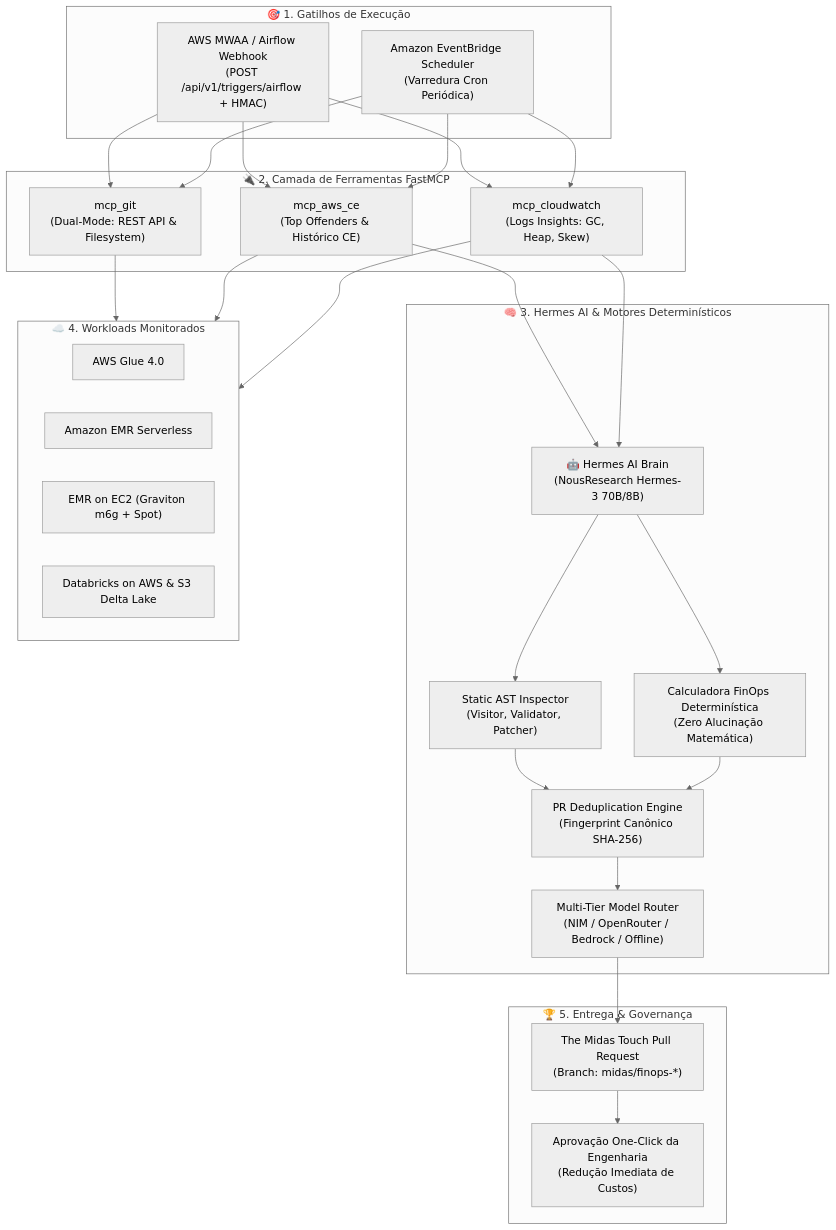
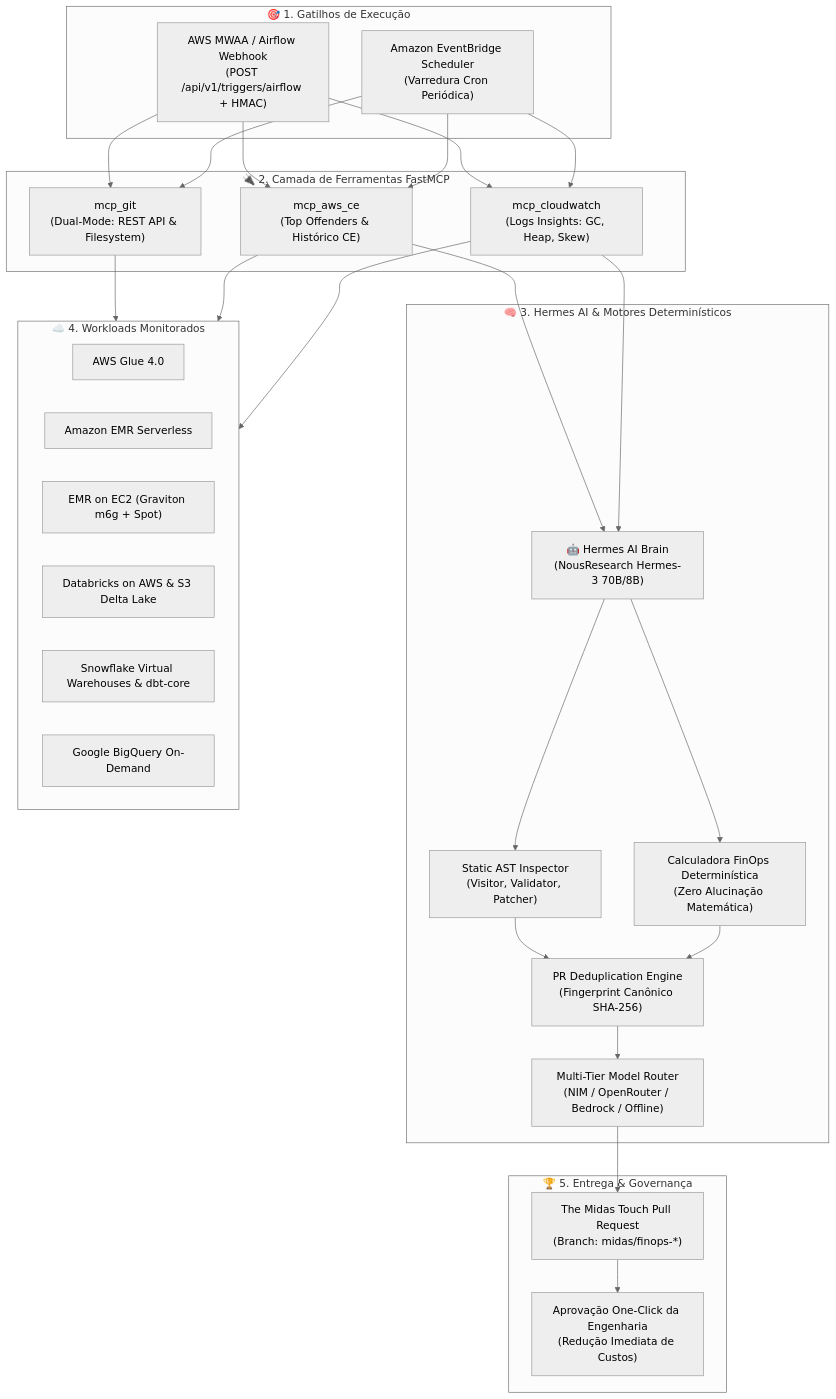
The first of 2 diagrams in README.md (Helfstein-one/hermes-ai-midas), drawn with Mermaid (neutral theme) before and after one commit. The commit also changed other lines of this file and 23 other files, not shown here.

Commit message:
feat(sql): add SQLGlot AST analysis & FinOps pricing for Snowflake & BigQuery

````diff
--- a/README.md
+++ b/README.md
@@ -191,43 +192,45 @@
 ```mermaid
 flowchart TD
     subgraph Triggers["🎯 1. Gatilhos de Execução"]
         T1["AWS MWAA / Airflow Webhook<br/>(POST /api/v1/triggers/airflow + HMAC)"]
         T2["Amazon EventBridge Scheduler<br/>(Varredura Cron Periódica)"]
     end
 
     subgraph FastMCP["🔌 2. Camada de Ferramentas FastMCP"]
         MCP_CE["mcp_aws_ce<br/>(Top Offenders & Histórico CE)"]
         MCP_CW["mcp_cloudwatch<br/>(Logs Insights: GC, Heap, Skew)"]
         MCP_GIT["mcp_git<br/>(Dual-Mode: REST API & Filesystem)"]
     end
 
     subgraph Core["🧠 3. Hermes AI & Motores Determinísticos"]
         HERMES["🤖 Hermes AI Brain<br/>(NousResearch Hermes-3 70B/8B)"]
         AST["Static AST Inspector<br/>(Visitor, Validator, Patcher)"]
         FINOPS["Calculadora FinOps Determinística<br/>(Zero Alucinação Matemática)"]
         DEDUP["PR Deduplication Engine<br/>(Fingerprint Canônico SHA-256)"]
         ROUTER["Multi-Tier Model Router<br/>(NIM / OpenRouter / Bedrock / Offline)"]
     end
 
     subgraph Monitored["☁️ 4. Workloads Monitorados"]
         W1["AWS Glue 4.0"]
         W2["Amazon EMR Serverless"]
         W3["EMR on EC2 (Graviton m6g + Spot)"]
         W4["Databricks on AWS & S3 Delta Lake"]
+        W5["Snowflake Virtual Warehouses & dbt-core"]
+        W6["Google BigQuery On-Demand"]
     end
 
     subgraph Output["🏆 5. Entrega & Governança"]
         PR["The Midas Touch Pull Request<br/>(Branch: midas/finops-*)"]
         ENG["Aprovação One-Click da Engenharia<br/>(Redução Imediata de Custos)"]
     end
 
     T1 & T2 --> MCP_GIT & MCP_CE & MCP_CW
     MCP_GIT --> Monitored
     MCP_CE & MCP_CW --> Monitored
     MCP_CE & MCP_CW --> HERMES
     HERMES --> AST & FINOPS
     AST & FINOPS --> DEDUP
     DEDUP --> ROUTER
     ROUTER --> PR
     PR --> ENG
 ```
````
